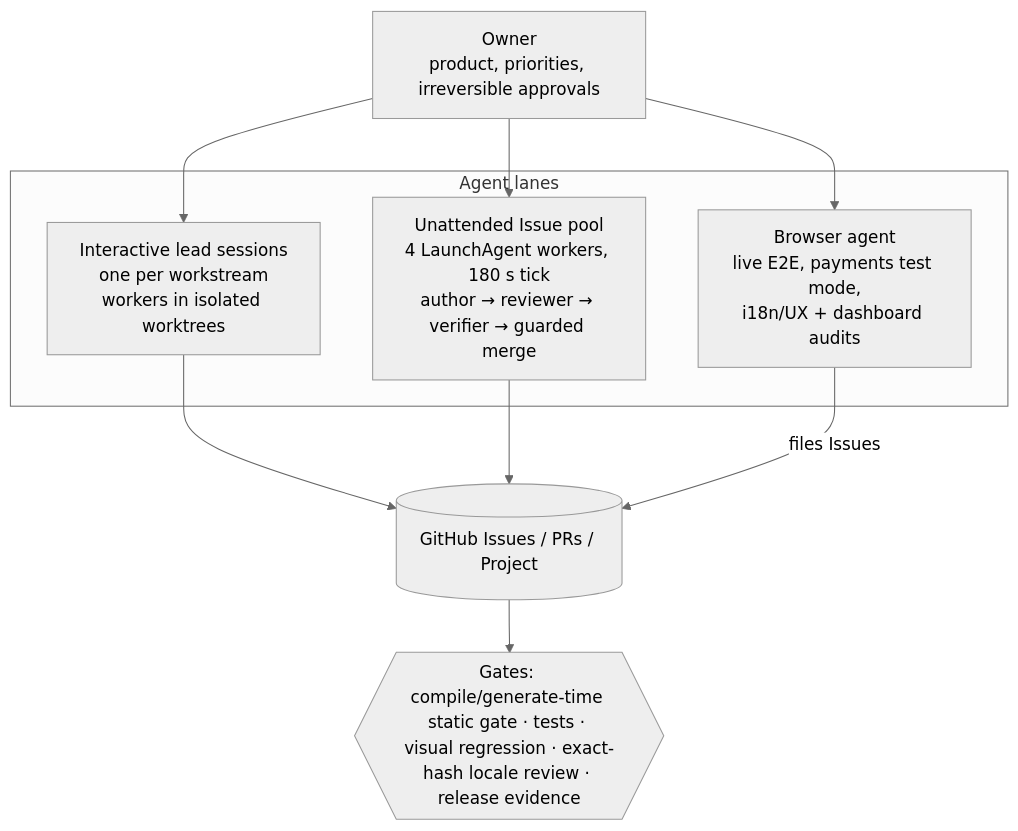
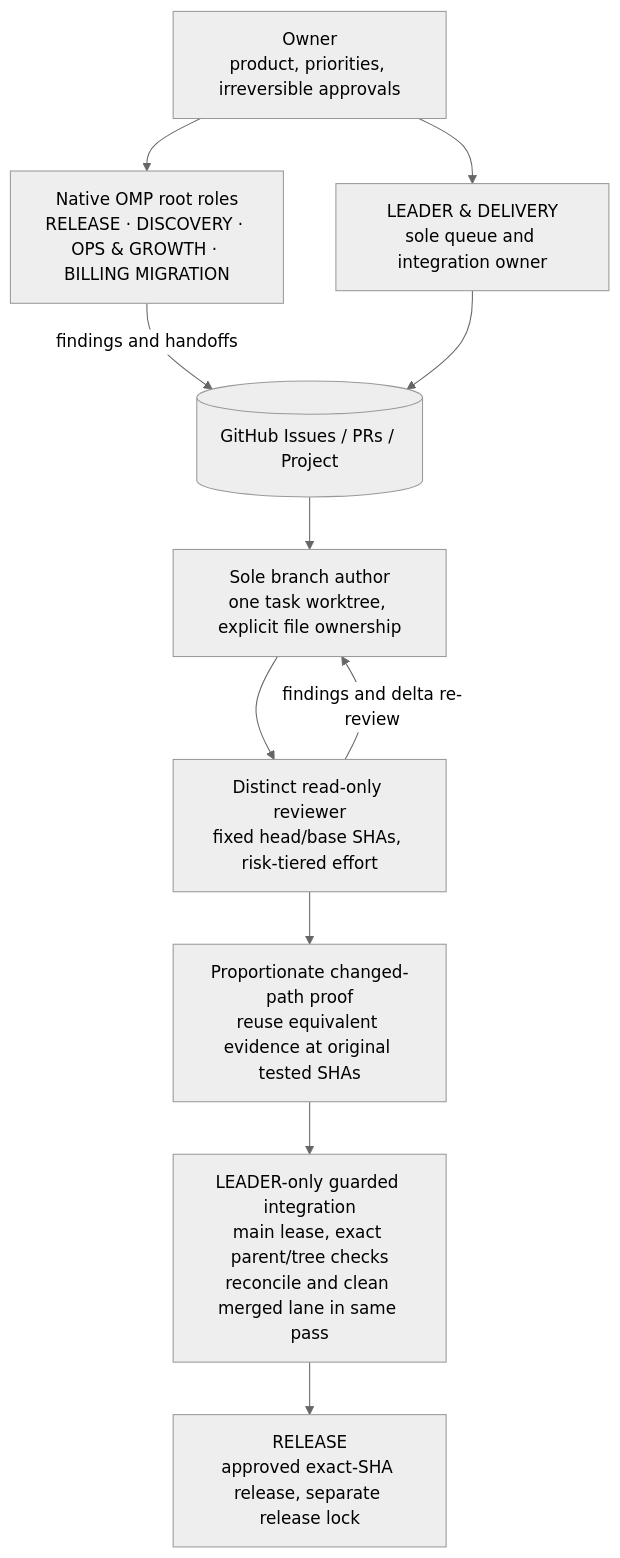
Before and after one commit to mg-mg-mg/agentic-engineering: the diagram in README.md, drawn with Mermaid (neutral theme). The commit also changed other lines of this file and 2 other files, not shown here.

First line of the commit message:
Correct current delivery narrative and make evidence accessible

````diff
--- a/README.md
+++ b/README.md
@@ -48,16 +50,17 @@
 ```mermaid
 flowchart TB
   O["Owner<br/>product, priorities, irreversible approvals"]
-  subgraph L["Agent lanes"]
-    A["Interactive lead sessions<br/>one per workstream<br/>workers in isolated worktrees"]
-    B["Unattended Issue pool<br/>4 LaunchAgent workers, 180 s tick<br/>author → reviewer → verifier → guarded merge"]
-    C["Browser agent<br/>live E2E, payments test mode,<br/>i18n/UX + dashboard audits"]
-  end
+  S["Native OMP root roles<br/>RELEASE · DISCOVERY · OPS & GROWTH · BILLING MIGRATION"]
+  L["LEADER & DELIVERY<br/>sole queue and integration owner"]
   G[("GitHub Issues / PRs / Project")]
-  Q{{"Gates: compile/generate-time static gate · tests · visual regression · exact-hash locale review · release evidence"}}
-  O --> A & B & C
-  A --> G
-  B --> G
-  C -- files Issues --> G
-  G --> Q
+  A["Sole branch author<br/>one task worktree, explicit file ownership"]
+  R["Distinct read-only reviewer<br/>fixed head/base SHAs, risk-tiered effort"]
+  P["Proportionate changed-path proof<br/>reuse equivalent evidence at original tested SHAs"]
+  M["LEADER-only guarded integration<br/>main lease, exact parent/tree checks<br/>reconcile and clean merged lane in same pass"]
+  X["RELEASE<br/>approved exact-SHA release, separate release lock"]
+  O --> L & S
+  S -- findings and handoffs --> G
+  L --> G --> A --> R --> P --> M
+  R -- findings and delta re-review --> A
+  M --> X
 ```
````
